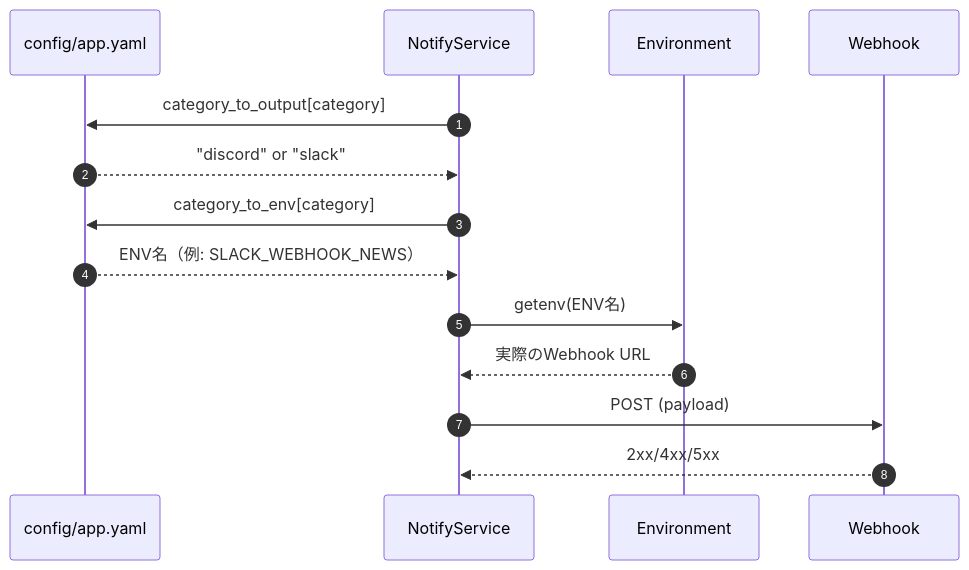
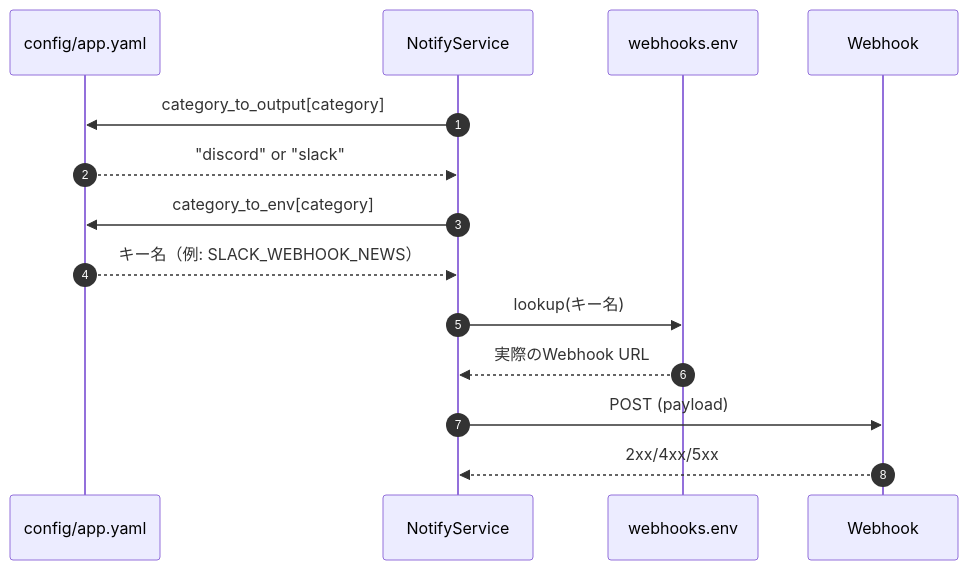
One commit to hellomyzn/yt-notifier changed the diagram in docs/sequences/notify_mapping.md. Above: the diagram before and after it, drawn with Mermaid. The commit also changed other lines of this file and 11 other files, not shown here.

````diff
--- a/docs/sequences/notify_mapping.md
+++ b/docs/sequences/notify_mapping.md
@@ -4,18 +4,18 @@
 ```mermaid
 sequenceDiagram
 autonumber
 participant Cfg as config/app.yaml
 participant NS as NotifyService
-participant Env as Environment
+participant Sec as webhooks.env
 participant WB as Webhook
 
 
 NS->>Cfg: category_to_output[category]
 Cfg-->>NS: "discord" or "slack"
 NS->>Cfg: category_to_env[category]
-Cfg-->>NS: ENV名（例: SLACK_WEBHOOK_NEWS）
-NS->>Env: getenv(ENV名)
-Env-->>NS: 実際のWebhook URL
+Cfg-->>NS: キー名（例: SLACK_WEBHOOK_NEWS）
+NS->>Sec: lookup(キー名)
+Sec-->>NS: 実際のWebhook URL
 NS->>WB: POST (payload)
 WB-->>NS: 2xx/4xx/5xx
 ```
````
